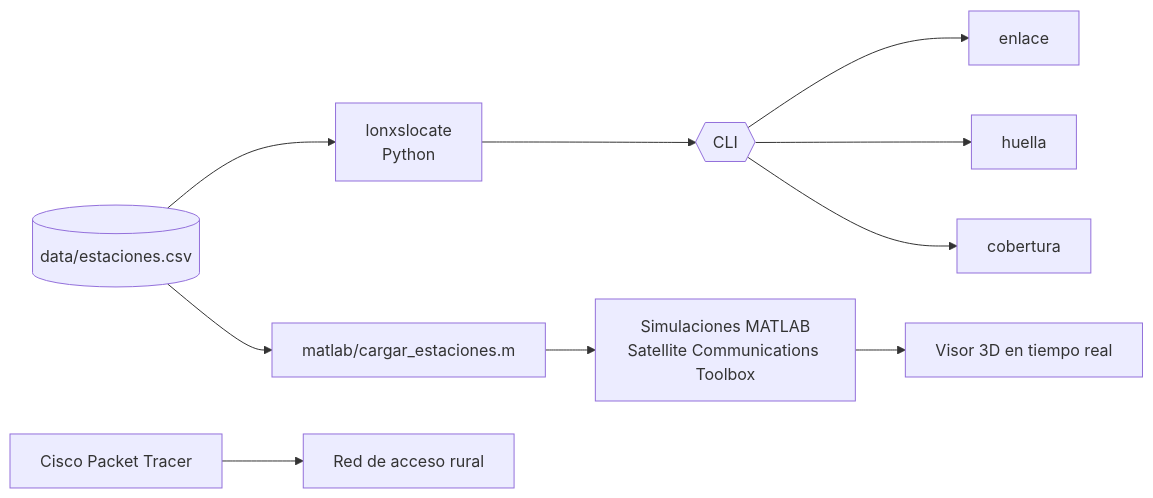
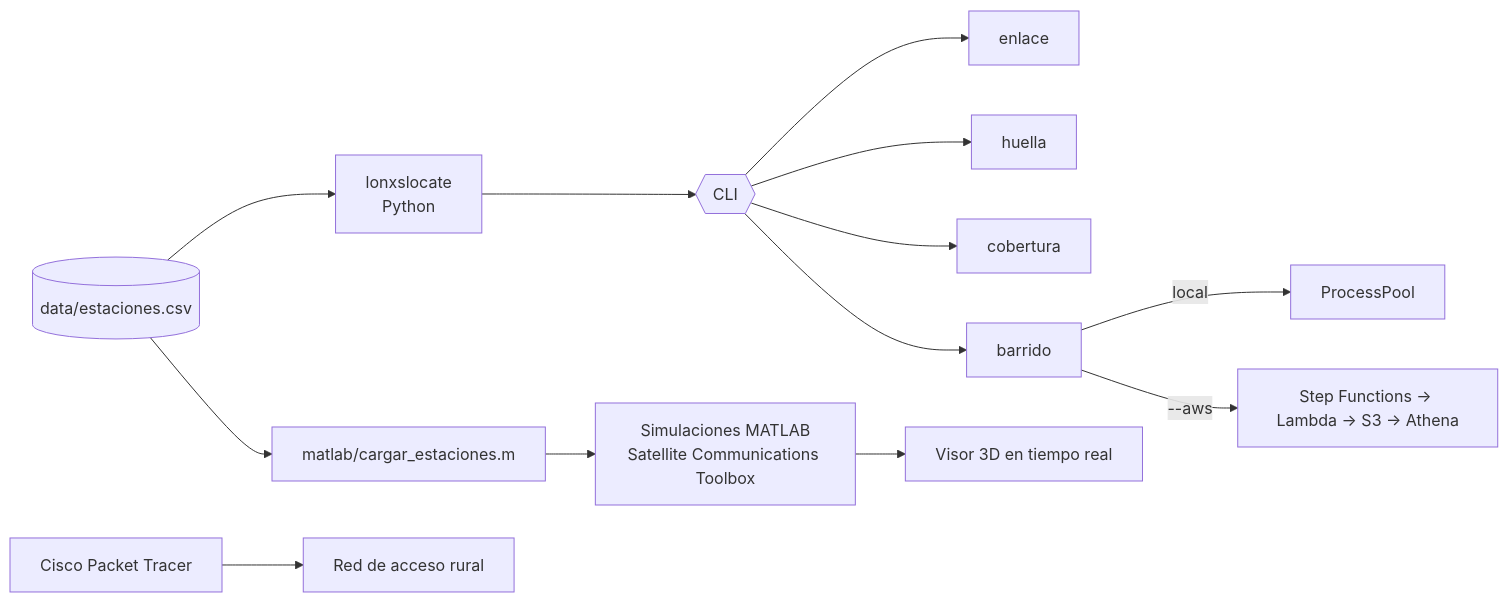
One commit to Lonxs69/LonxsLocate changed the diagram in docs/arquitectura.md. Above: the diagram before and after it, drawn with Mermaid. The commit also changed other lines of this file and 1 other file, not shown here.

````diff
--- a/docs/arquitectura.md
+++ b/docs/arquitectura.md
@@ -3,12 +3,15 @@
 ```mermaid
 flowchart LR
     CSV[(data/estaciones.csv)] --> PY[lonxslocate<br/>Python]
     CSV --> ML[matlab/cargar_estaciones.m]
     ML --> SIM[Simulaciones MATLAB<br/>Satellite Communications Toolbox]
     PY --> CLI{{CLI}}
     CLI --> E[enlace]
     CLI --> H[huella]
     CLI --> C[cobertura]
     SIM --> V[Visor 3D en tiempo real]
     PKT[Cisco Packet Tracer] --> RED[Red de acceso rural]
+    CLI --> B[barrido]
+    B -->|local| PP[ProcessPool]
+    B -->|--aws| SFN[Step Functions → Lambda → S3 → Athena]
 ```
````
